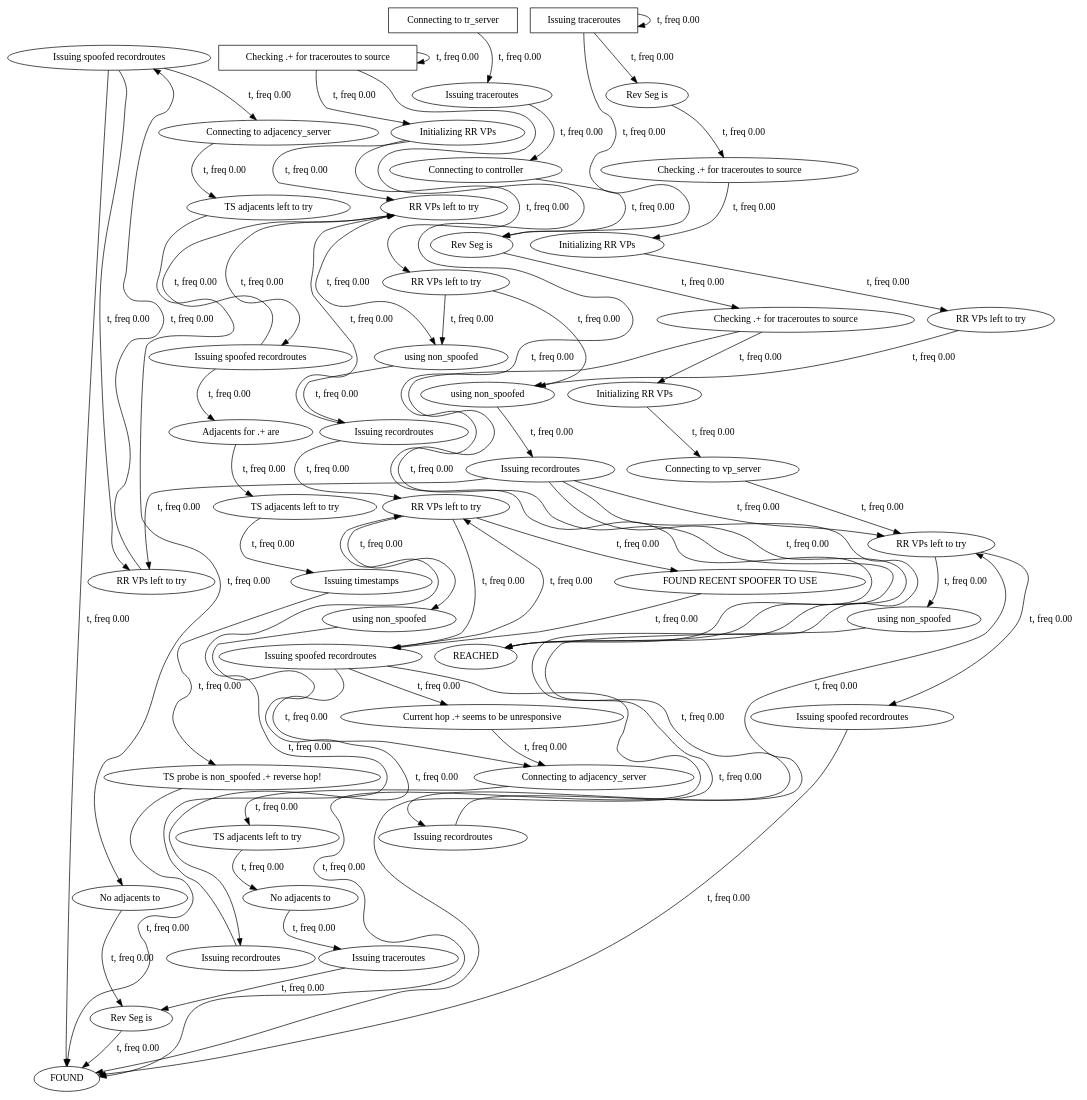
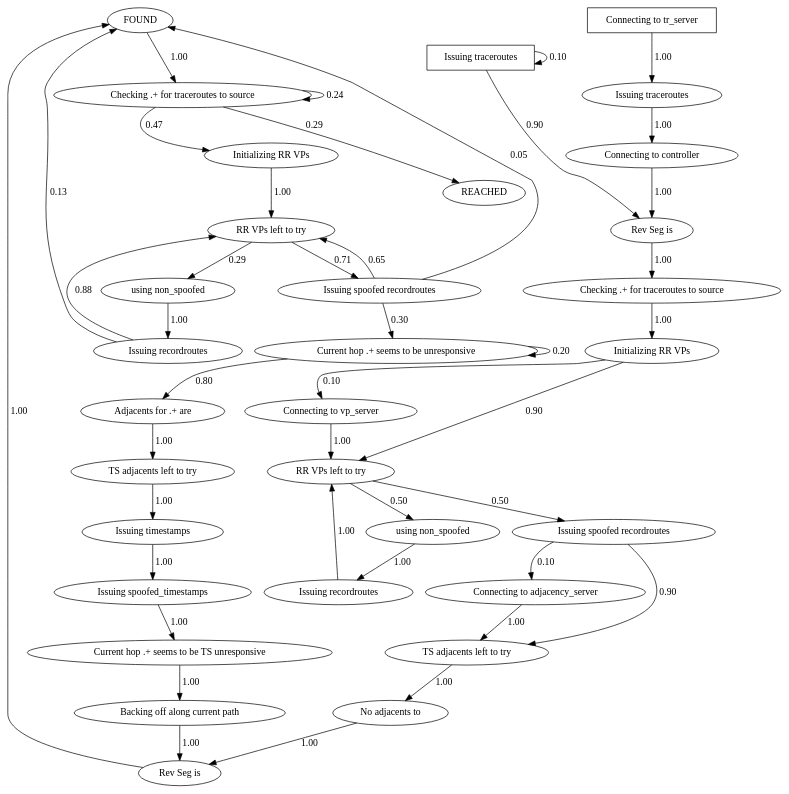
The diagram in output/reverseTraceroute/output.dot (ModelInference/synoptic), drawn with Graphviz before and after one commit. The commit also changed 11 other files, not shown here.

```diff
--- a/output/reverseTraceroute/output.dot
+++ b/output/reverseTraceroute/output.dot
@@ -1,115 +1,74 @@
 digraph {
-  5659986 [label="RR VPs left to try"];
-5659986->15724774 [label="t, freq 0.00", weight=0.0];
-5659986->22715893 [label="t, freq 0.00", weight=0.0];
-  5910360 [label="RR VPs left to try"];
-5910360->27512056 [label="t, freq 0.00", weight=0.0];
-  25667313 [label="Issuing spoofed recordroutes"];
-25667313->16463692 [label="t, freq 0.00", weight=0.0];
-25667313->12468716 [label="t, freq 0.00", weight=0.0];
-25667313->1744155 [label="t, freq 0.00", weight=0.0];
-25667313->10822310 [label="t, freq 0.00", weight=0.0];
-  9882562 [label="Connecting to adjacency_server"];
-9882562->17938877 [label="t, freq 0.00", weight=0.0];
-  15724774 [label="Issuing spoofed recordroutes"];
-15724774->5659986 [label="t, freq 0.00", weight=0.0];
-15724774->21010507 [label="t, freq 0.00", weight=0.0];
-  9624795 [label="Issuing recordroutes"];
-9624795->19203184 [label="t, freq 0.00", weight=0.0];
-9624795->12468716 [label="t, freq 0.00", weight=0.0];
-9624795->5910360 [label="t, freq 0.00", weight=0.0];
-9624795->24778599 [label="t, freq 0.00", weight=0.0];
-  16463692 [label="RR VPs left to try"];
-16463692->25667313 [label="t, freq 0.00", weight=0.0];
-16463692->23222295 [label="t, freq 0.00", weight=0.0];
-16463692->31571602 [label="t, freq 0.00", weight=0.0];
-  6206601 [label="Rev Seg is"];
-6206601->31674194 [label="t, freq 0.00", weight=0.0];
-  19094050 [label="No adjacents to"];
-19094050->9850678 [label="t, freq 0.00", weight=0.0];
-  14298351 [label="Connecting to tr_server",shape=box];
-14298351->30606090 [label="t, freq 0.00", weight=0.0];
-  27512056 [label="Issuing spoofed recordroutes"];
-27512056->5910360 [label="t, freq 0.00", weight=0.0];
-27512056->9882562 [label="t, freq 0.00", weight=0.0];
-27512056->12468716 [label="t, freq 0.00", weight=0.0];
-  10822310 [label="Connecting to adjacency_server"];
-10822310->16682308 [label="t, freq 0.00", weight=0.0];
-  17831011 [label="Issuing spoofed recordroutes"];
-17831011->12468716 [label="t, freq 0.00", weight=0.0];
-  12468716 [label="FOUND"];
-  27204324 [label="Issuing recordroutes"];
-27204324->16463692 [label="t, freq 0.00", weight=0.0];
-27204324->5659986 [label="t, freq 0.00", weight=0.0];
-  671035 [label="Connecting to controller"];
-671035->6206601 [label="t, freq 0.00", weight=0.0];
-  1744155 [label="Current hop .+ seems to be unresponsive"];
-1744155->10822310 [label="t, freq 0.00", weight=0.0];
-  26071982 [label="RR VPs left to try"];
-26071982->2035654 [label="t, freq 0.00", weight=0.0];
-26071982->22715893 [label="t, freq 0.00", weight=0.0];
-  17517310 [label="Issuing recordroutes"];
-17517310->16463692 [label="t, freq 0.00", weight=0.0];
-  23103355 [label="Issuing traceroutes",shape=box];
-23103355->6206601 [label="t, freq 0.00", weight=0.0];
-23103355->9542533 [label="t, freq 0.00", weight=0.0];
-23103355->23103355 [label="t, freq 0.00", weight=0.0];
-  25567987 [label="Connecting to vp_server"];
-25567987->19203184 [label="t, freq 0.00", weight=0.0];
-  23222295 [label="FOUND RECENT SPOOFER TO USE"];
-23222295->25667313 [label="t, freq 0.00", weight=0.0];
-  17938877 [label="TS adjacents left to try"];
-17938877->7896086 [label="t, freq 0.00", weight=0.0];
-  27182317 [label="TS probe is non_spoofed .+ reverse hop!"];
-27182317->12468716 [label="t, freq 0.00", weight=0.0];
-  5018063 [label="Checking .+ for traceroutes to source"];
-5018063->8147091 [label="t, freq 0.00", weight=0.0];
-  28376287 [label="Issuing recordroutes"];
-28376287->19203184 [label="t, freq 0.00", weight=0.0];
-  19203184 [label="RR VPs left to try"];
-19203184->17831011 [label="t, freq 0.00", weight=0.0];
-19203184->25607304 [label="t, freq 0.00", weight=0.0];
-  28991606 [label="TS adjacents left to try"];
-28991606->25559096 [label="t, freq 0.00", weight=0.0];
-  8147091 [label="Initializing RR VPs"];
-8147091->5606431 [label="t, freq 0.00", weight=0.0];
-  21010507 [label="Adjacents for .+ are"];
-21010507->28991606 [label="t, freq 0.00", weight=0.0];
-  16682308 [label="TS adjacents left to try"];
-16682308->19094050 [label="t, freq 0.00", weight=0.0];
-  9542533 [label="Rev Seg is"];
-9542533->5018063 [label="t, freq 0.00", weight=0.0];
-  9850678 [label="Issuing traceroutes"];
-9850678->3019875 [label="t, freq 0.00", weight=0.0];
-  5606431 [label="RR VPs left to try"];
-5606431->2035654 [label="t, freq 0.00", weight=0.0];
-  3019875 [label="Rev Seg is"];
-3019875->12468716 [label="t, freq 0.00", weight=0.0];
-  2035654 [label="using non_spoofed"];
-2035654->9624795 [label="t, freq 0.00", weight=0.0];
-  31674194 [label="Checking .+ for traceroutes to source"];
-31674194->24778599 [label="t, freq 0.00", weight=0.0];
-31674194->27682895 [label="t, freq 0.00", weight=0.0];
-  18503788 [label="Initializing RR VPs"];
-18503788->26071982 [label="t, freq 0.00", weight=0.0];
-18503788->5659986 [label="t, freq 0.00", weight=0.0];
-  7896086 [label="No adjacents to"];
-7896086->3019875 [label="t, freq 0.00", weight=0.0];
-  22715893 [label="using non_spoofed"];
-22715893->27204324 [label="t, freq 0.00", weight=0.0];
-  24778599 [label="REACHED"];
-  31571602 [label="using non_spoofed"];
-31571602->17517310 [label="t, freq 0.00", weight=0.0];
-  29103856 [label="Checking .+ for traceroutes to source",shape=box];
-29103856->18503788 [label="t, freq 0.00", weight=0.0];
-29103856->24778599 [label="t, freq 0.00", weight=0.0];
-29103856->29103856 [label="t, freq 0.00", weight=0.0];
-  27682895 [label="Initializing RR VPs"];
-27682895->25567987 [label="t, freq 0.00", weight=0.0];
-  25559096 [label="Issuing timestamps"];
-25559096->27182317 [label="t, freq 0.00", weight=0.0];
-  30606090 [label="Issuing traceroutes"];
-30606090->671035 [label="t, freq 0.00", weight=0.0];
-  25607304 [label="using non_spoofed"];
-25607304->28376287 [label="t, freq 0.00", weight=0.0];
+  10397999 [label="FOUND"];
+10397999->24947293 [label="1.00", weight="1.00"];
+  21844922 [label="RR VPs left to try"];
+21844922->27840809 [label="0.29", weight="0.29"];
+21844922->22578208 [label="0.71", weight="0.71"];
+  23865546 [label="Checking .+ for traceroutes to source"];
+23865546->16501336 [label="1.00", weight="1.00"];
+  22578208 [label="Issuing spoofed recordroutes"];
+22578208->10397999 [label="0.05", weight="0.05"];
+22578208->16001744 [label="0.30", weight="0.30"];
+22578208->21844922 [label="0.65", weight="0.65"];
+  16720915 [label="Connecting to vp_server"];
+16720915->15329942 [label="1.00", weight="1.00"];
+  30476892 [label="No adjacents to"];
+30476892->3308990 [label="1.00", weight="1.00"];
+  11938598 [label="Issuing recordroutes"];
+11938598->10397999 [label="0.13", weight="0.13"];
+11938598->21844922 [label="0.88", weight="0.88"];
+  3308990 [label="Rev Seg is"];
+3308990->10397999 [label="1.00", weight="1.00"];
+  15329942 [label="RR VPs left to try"];
+15329942->14216813 [label="0.50", weight="0.50"];
+15329942->1765583 [label="0.50", weight="0.50"];
+  16001744 [label="Current hop .+ seems to be unresponsive"];
+16001744->16001744 [label="0.20", weight="0.20"];
+16001744->15493888 [label="0.80", weight="0.80"];
+  80602 [label="Rev Seg is"];
+80602->23865546 [label="1.00", weight="1.00"];
+  27840809 [label="using non_spoofed"];
+27840809->11938598 [label="1.00", weight="1.00"];
+  10217370 [label="REACHED"];
+  1765583 [label="Issuing spoofed recordroutes"];
+1765583->10059989 [label="0.10", weight="0.10"];
+1765583->24956588 [label="0.90", weight="0.90"];
+  14216813 [label="using non_spoofed"];
+14216813->2139675 [label="1.00", weight="1.00"];
+  31020178 [label="Connecting to tr_server",shape=box];
+31020178->23236136 [label="1.00", weight="1.00"];
+  2139675 [label="Issuing recordroutes"];
+2139675->15329942 [label="1.00", weight="1.00"];
+  8160966 [label="Backing off along current path"];
+8160966->3308990 [label="1.00", weight="1.00"];
+  16484681 [label="Issuing spoofed_timestamps"];
+16484681->16237341 [label="1.00", weight="1.00"];
+  1683934 [label="TS adjacents left to try"];
+1683934->2804837 [label="1.00", weight="1.00"];
+  24947293 [label="Checking .+ for traceroutes to source"];
+24947293->32860855 [label="0.47", weight="0.47"];
+24947293->10217370 [label="0.29", weight="0.29"];
+24947293->24947293 [label="0.24", weight="0.24"];
+  23236136 [label="Issuing traceroutes"];
+23236136->19963527 [label="1.00", weight="1.00"];
+  16237341 [label="Current hop .+ seems to be TS unresponsive"];
+16237341->8160966 [label="1.00", weight="1.00"];
+  2804837 [label="Issuing timestamps"];
+2804837->16484681 [label="1.00", weight="1.00"];
+  16501336 [label="Initializing RR VPs"];
+16501336->15329942 [label="0.90", weight="0.90"];
+16501336->16720915 [label="0.10", weight="0.10"];
+  10059989 [label="Connecting to adjacency_server"];
+10059989->24956588 [label="1.00", weight="1.00"];
+  32860855 [label="Initializing RR VPs"];
+32860855->21844922 [label="1.00", weight="1.00"];
+  23387093 [label="Issuing traceroutes",shape=box];
+23387093->80602 [label="0.90", weight="0.90"];
+23387093->23387093 [label="0.10", weight="0.10"];
+  24956588 [label="TS adjacents left to try"];
+24956588->30476892 [label="1.00", weight="1.00"];
+  19963527 [label="Connecting to controller"];
+19963527->80602 [label="1.00", weight="1.00"];
+  15493888 [label="Adjacents for .+ are"];
+15493888->1683934 [label="1.00", weight="1.00"];
 } // digraph
```
